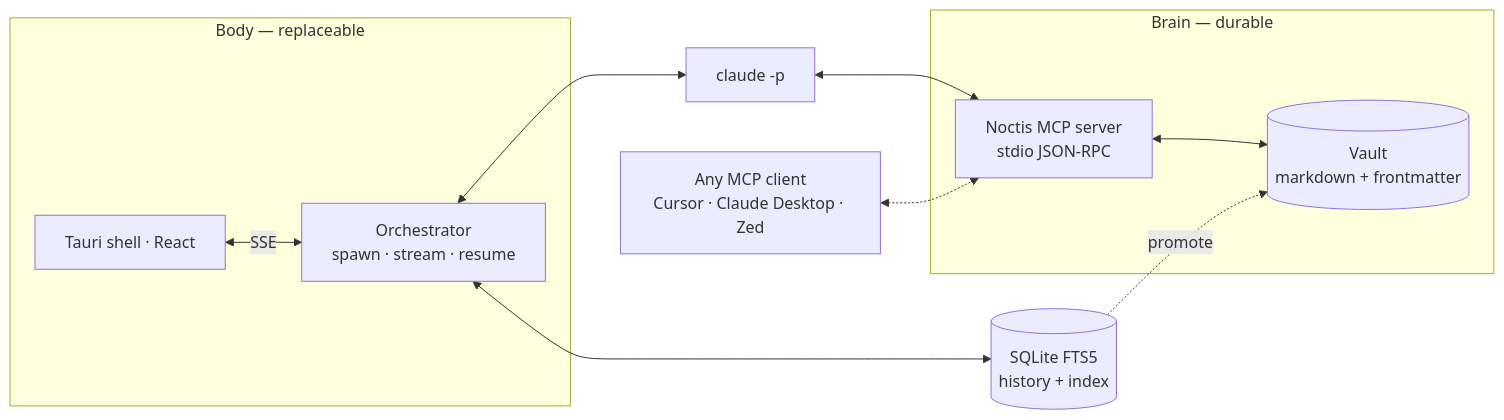
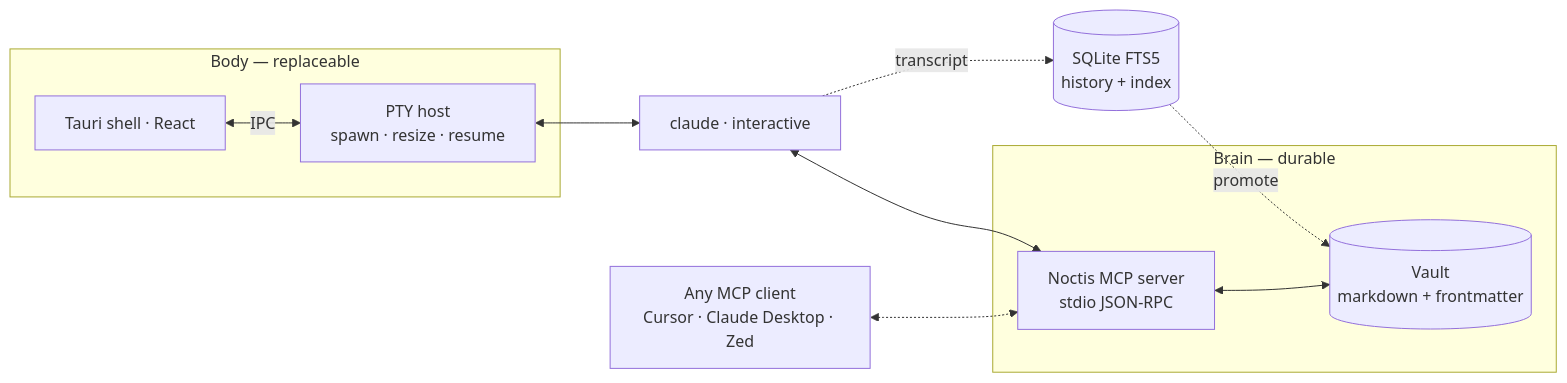
The diagram in README.md (shaynesss/noctis-os), drawn with Mermaid before and after one commit. The commit also changed other lines of this file and 6 other files, not shown here.

````diff
--- a/README.md
+++ b/README.md
@@ -47,24 +47,24 @@
 ```mermaid
 flowchart LR
     subgraph Body[Body — replaceable]
         UI[Tauri shell · React]
-        Orch[Orchestrator<br/>spawn · stream · resume]
+        PTY[PTY host<br/>spawn · resize · resume]
     end
 
     subgraph Brain[Brain — durable]
         MCP[Noctis MCP server<br/>stdio JSON-RPC]
         Vault[(Vault<br/>markdown + frontmatter)]
     end
 
     Store[(SQLite FTS5<br/>history + index)]
-    CC[claude -p]
+    CC[claude · interactive]
     Other[Any MCP client<br/>Cursor · Claude Desktop · Zed]
 
-    UI <-->|SSE| Orch
-    Orch <--> CC
+    UI <-->|IPC| PTY
+    PTY <--> CC
     CC <--> MCP
     Other <-.-> MCP
     MCP <--> Vault
-    Orch <--> Store
+    CC -.->|transcript| Store
     Store -.->|promote| Vault
 ```
````
